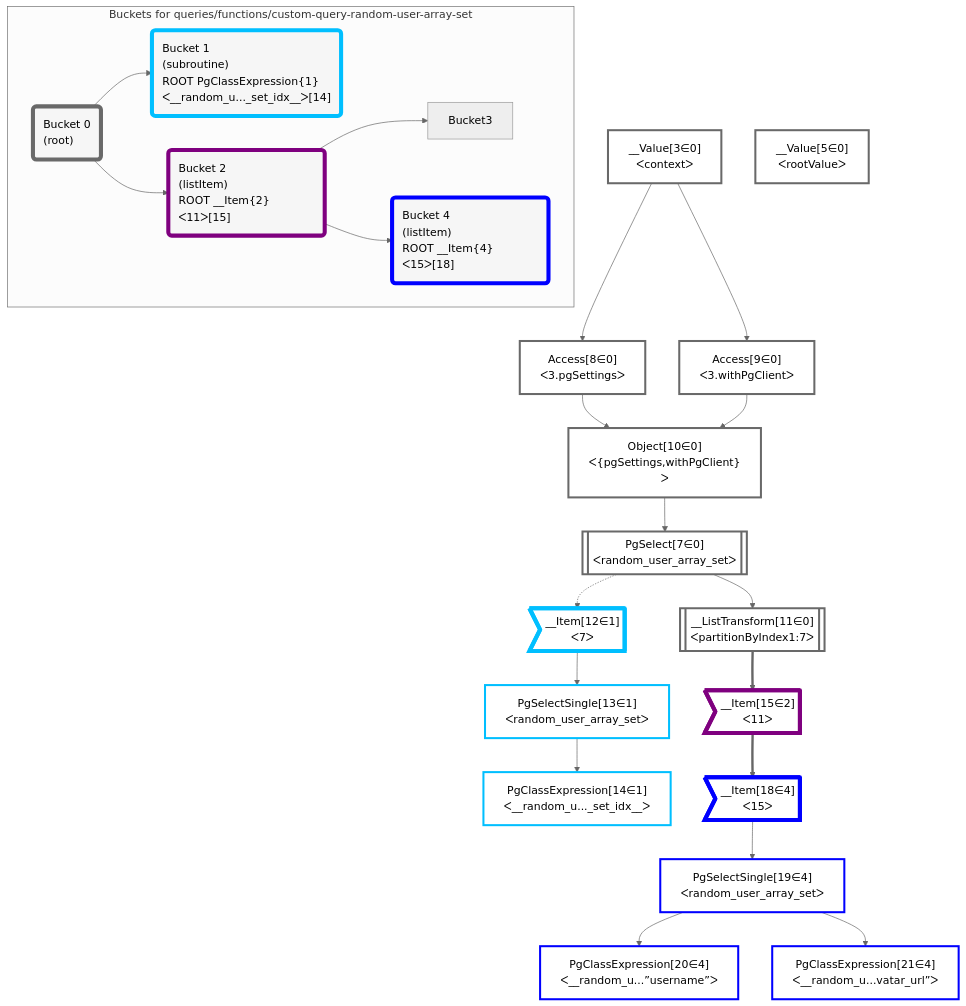
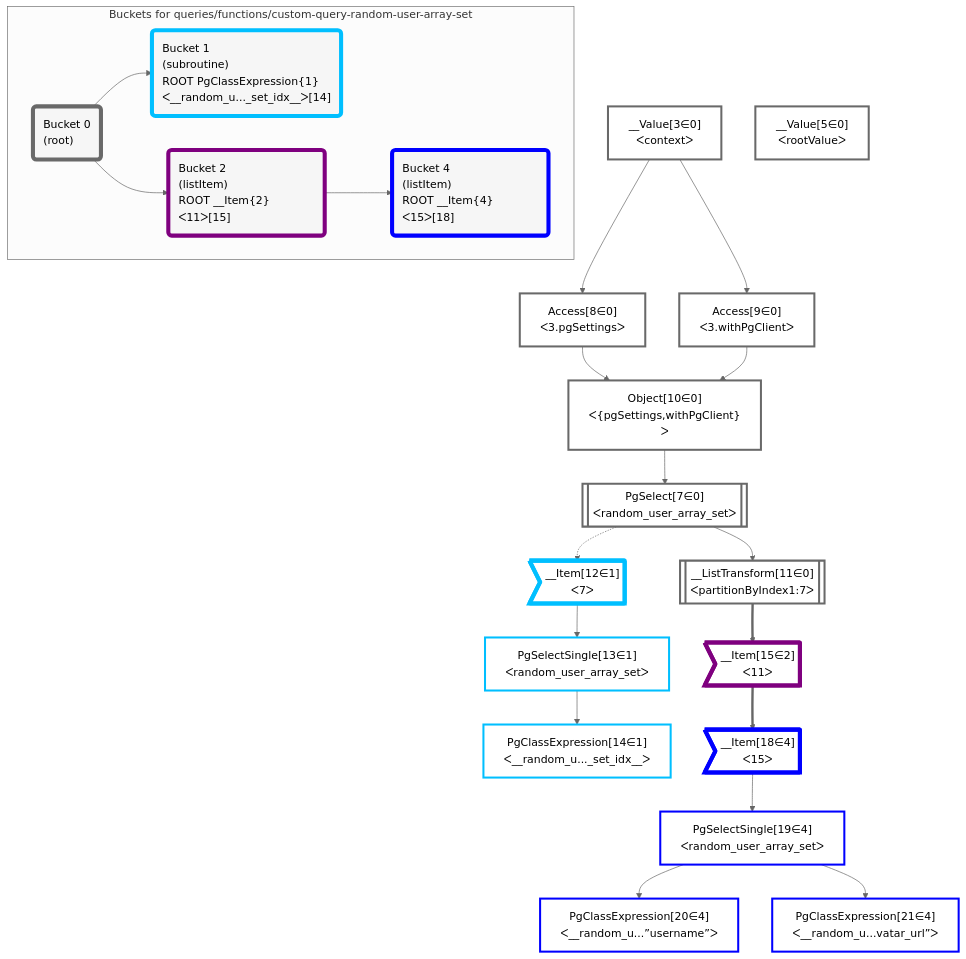
The diagram in grafast/dataplan-pg/__tests__/queries/functions/custom-query-random-user-array-set.mermaid (graphile/crystal), drawn with Mermaid (neutral theme) before and after one commit. The commit also changed 4 other files, not shown here.

```diff
--- a/grafast/dataplan-pg/__tests__/queries/functions/custom-query-random-user-array-set.mermaid
+++ b/grafast/dataplan-pg/__tests__/queries/functions/custom-query-random-user-array-set.mermaid
@@ -1,56 +1,56 @@
 graph TD
     classDef path fill:#eee,stroke:#000,color:#000
     classDef plan fill:#fff,stroke-width:3px,color:#000
     classDef itemplan fill:#fff,stroke-width:6px,color:#000
     classDef sideeffectplan fill:#f00,stroke-width:6px,color:#000
     classDef bucket fill:#f6f6f6,color:#000,stroke-width:6px,text-align:left
 
 
     %% define steps
     __Value3["__Value[3∈0]<br />ᐸcontextᐳ"]:::plan
     __Value5["__Value[5∈0]<br />ᐸrootValueᐳ"]:::plan
     Access8["Access[8∈0]<br />ᐸ3.pgSettingsᐳ"]:::plan
     Access9["Access[9∈0]<br />ᐸ3.withPgClientᐳ"]:::plan
     Object10["Object[10∈0]<br />ᐸ{pgSettings,withPgClient}ᐳ"]:::plan
     PgSelect7[["PgSelect[7∈0]<br />ᐸrandom_user_array_setᐳ"]]:::plan
     __ListTransform11[["__ListTransform[11∈0]<br />ᐸpartitionByIndex1:7ᐳ"]]:::plan
     __Item12>"__Item[12∈1]<br />ᐸ7ᐳ"]:::itemplan
     PgSelectSingle13["PgSelectSingle[13∈1]<br />ᐸrandom_user_array_setᐳ"]:::plan
     PgClassExpression14["PgClassExpression[14∈1]<br />ᐸ__random_u..._set_idx__ᐳ"]:::plan
     __Item15>"__Item[15∈2]<br />ᐸ11ᐳ"]:::itemplan
     __Item18>"__Item[18∈4]<br />ᐸ15ᐳ"]:::itemplan
     PgSelectSingle19["PgSelectSingle[19∈4]<br />ᐸrandom_user_array_setᐳ"]:::plan
     PgClassExpression20["PgClassExpression[20∈4]<br />ᐸ__random_u...”username”ᐳ"]:::plan
     PgClassExpression21["PgClassExpression[21∈4]<br />ᐸ__random_u...vatar_url”ᐳ"]:::plan
 
     %% plan dependencies
     __Value3 --> Access8
     __Value3 --> Access9
     Access8 & Access9 --> Object10
     Object10 --> PgSelect7
     PgSelect7 --> __ListTransform11
     PgSelect7 -.-> __Item12
     __Item12 --> PgSelectSingle13
     PgSelectSingle13 --> PgClassExpression14
     __ListTransform11 ==> __Item15
     __Item15 ==> __Item18
     __Item18 --> PgSelectSingle19
     PgSelectSingle19 --> PgClassExpression20
     PgSelectSingle19 --> PgClassExpression21
 
     subgraph "Buckets for queries/functions/custom-query-random-user-array-set"
     Bucket0("Bucket 0<br />(root)"):::bucket
     classDef bucket0 stroke:#696969
     class Bucket0,__Value3,__Value5,PgSelect7,Access8,Access9,Object10,__ListTransform11 bucket0
     Bucket1("Bucket 1<br />(subroutine)<br />ROOT PgClassExpression{1}ᐸ__random_u..._set_idx__ᐳ[14]"):::bucket
     classDef bucket1 stroke:#00bfff
     class Bucket1,__Item12,PgSelectSingle13,PgClassExpression14 bucket1
     Bucket2("Bucket 2<br />(listItem)<br />ROOT __Item{2}ᐸ11ᐳ[15]"):::bucket
     classDef bucket2 stroke:#7f007f
     class Bucket2,__Item15 bucket2
     Bucket4("Bucket 4<br />(listItem)<br />ROOT __Item{4}ᐸ15ᐳ[18]"):::bucket
     classDef bucket4 stroke:#0000ff
     class Bucket4,__Item18,PgSelectSingle19,PgClassExpression20,PgClassExpression21 bucket4
     Bucket0 --> Bucket1 & Bucket2
-    Bucket2 --> Bucket3 & Bucket4
+    Bucket2 --> Bucket4
     end
```
